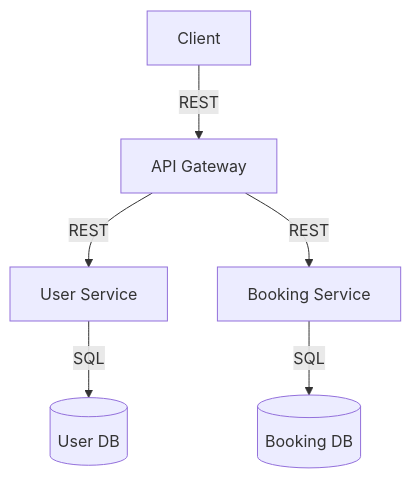
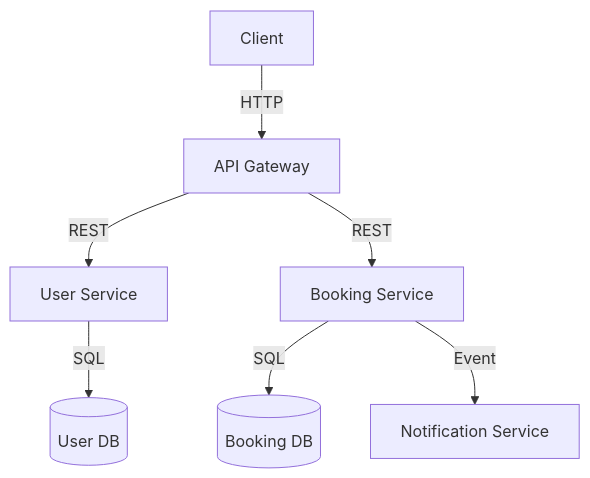
The second of 4 diagrams in tr.md (joshixap/orv), drawn with Mermaid before and after one commit. The commit also changed other lines of this file, not shown here.

````diff
--- a/tr.md
+++ b/tr.md
@@ -121,8 +199,9 @@
 ```mermaid
 graph TD
-    Client-->|REST|APIGW[API Gateway]
-    APIGW-->|REST|UserS[User Service]
-    APIGW-->|REST|BookS[Booking Service]
+    Client-->|HTTP|Gateway[API Gateway]
+    Gateway-->|REST|UserS[User Service]
+    Gateway-->|REST|BookingS[Booking Service]
+    BookingS-->|SQL|BookingDB[(Booking DB)]
     UserS-->|SQL|UserDB[(User DB)]
-    BookS-->|SQL|BookDB[(Booking DB)]
+    BookingS-->|Event|NotifS[Notification Service]
 ```
````
